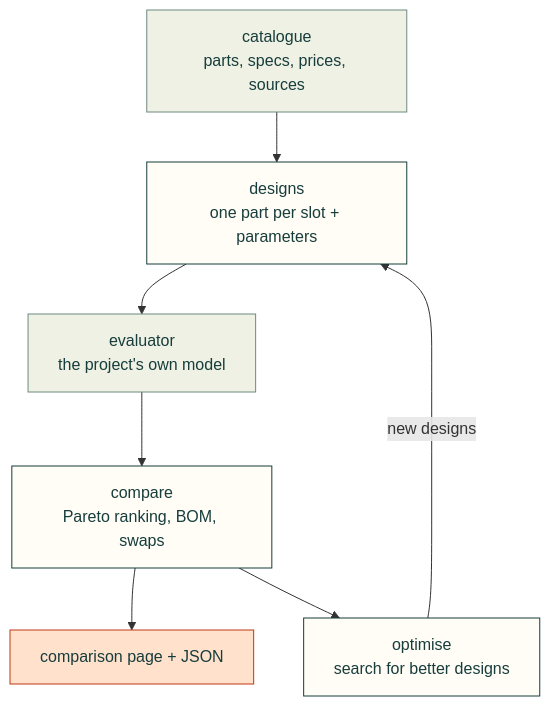
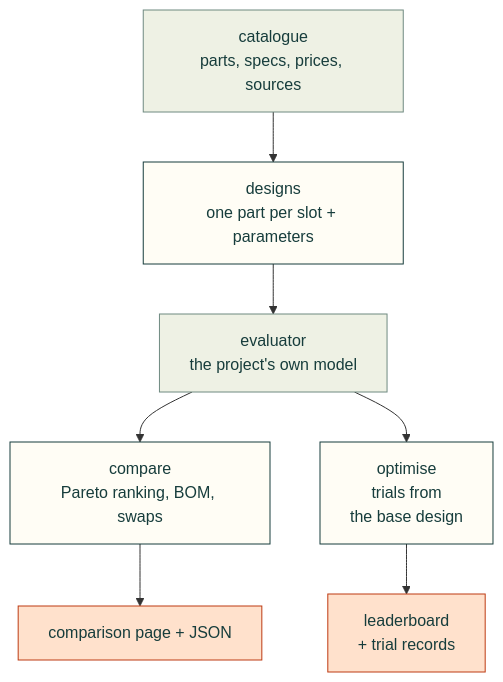
The diagram in docs/explore.md (Valpatel/cad-agent), drawn with Mermaid before and after one commit. The commit also changed 24 other files, not shown here.

````diff
--- a/docs/explore.md
+++ b/docs/explore.md
@@ -24,15 +24,15 @@
 ```mermaid
 flowchart TD
     Cat["catalogue<br/>parts, specs, prices, sources"] --> D["designs<br/>one part per slot + parameters"]
     D --> E["evaluator<br/>the project's own model"]
     E --> Cmp["compare<br/>Pareto ranking, BOM, swaps"]
     Cmp --> Pg["comparison page + JSON"]
-    Cmp --> O["optimise<br/>search for better designs"]
-    O -->|"new designs"| D
+    E --> O["optimise<br/>trials from<br/>the base design"]
+    O --> L["leaderboard<br/>+ trial records"]
     classDef here fill:#fffdf5,stroke:#173d3c,color:#173d3c
     classDef near fill:#eef1e4,stroke:#6f8a80,color:#173d3c
     classDef out fill:#ffe1cc,stroke:#bd3a12,color:#173d3c
     class D,Cmp,O here
     class Cat,E near
-    class Pg out
+    class Pg,L out
 ```
````
